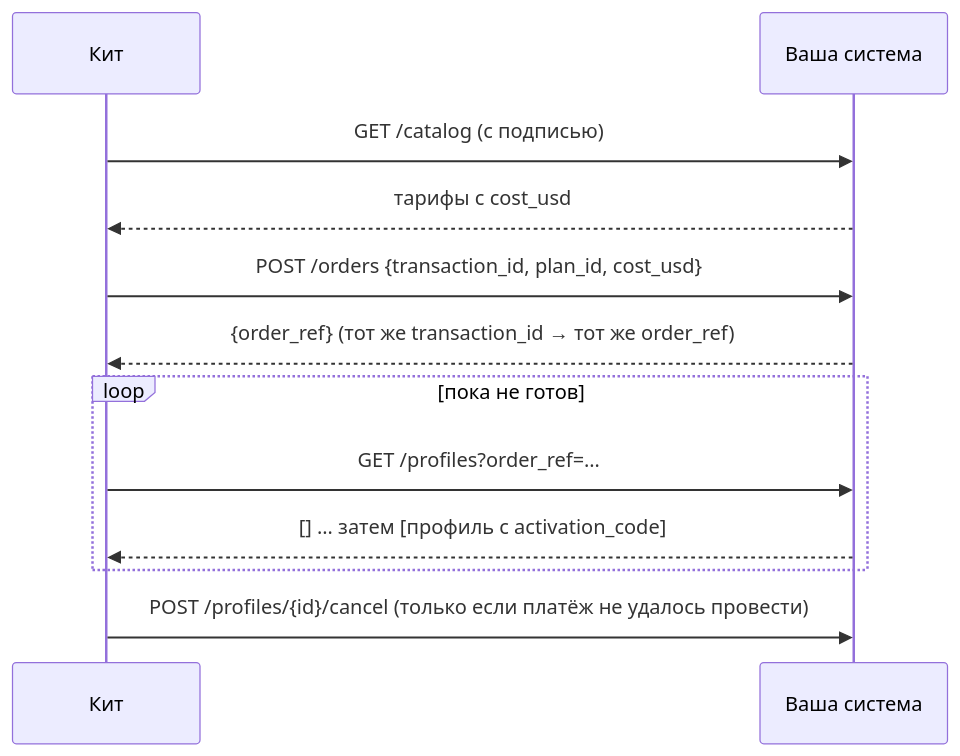
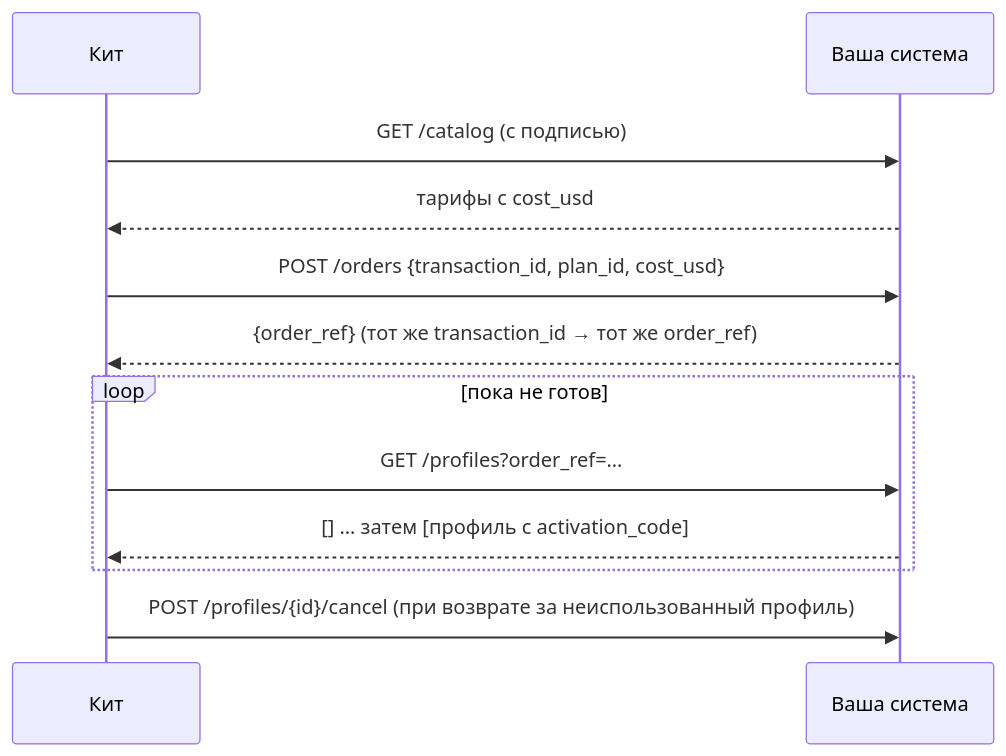
One commit to alexar76/esim-operator-kit changed the diagram in docs/ru/sdk.md. Above: the diagram before and after it, drawn with Mermaid. The commit also changed other lines of this file and 65 other files, not shown here.

````diff
--- a/docs/ru/sdk.md
+++ b/docs/ru/sdk.md
@@ -100,14 +100,14 @@
 ```mermaid
 sequenceDiagram
   participant K as Кит
   participant Y as Ваша система
   K->>Y: GET /catalog (с подписью)
   Y-->>K: тарифы с cost_usd
   K->>Y: POST /orders {transaction_id, plan_id, cost_usd}
   Y-->>K: {order_ref}   (тот же transaction_id → тот же order_ref)
   loop пока не готов
     K->>Y: GET /profiles?order_ref=…
     Y-->>K: [] … затем [профиль с activation_code]
   end
-  K->>Y: POST /profiles/{id}/cancel   (только если платёж не удалось провести)
+  K->>Y: POST /profiles/{id}/cancel   (при возврате за неиспользованный профиль)
 ```
````
